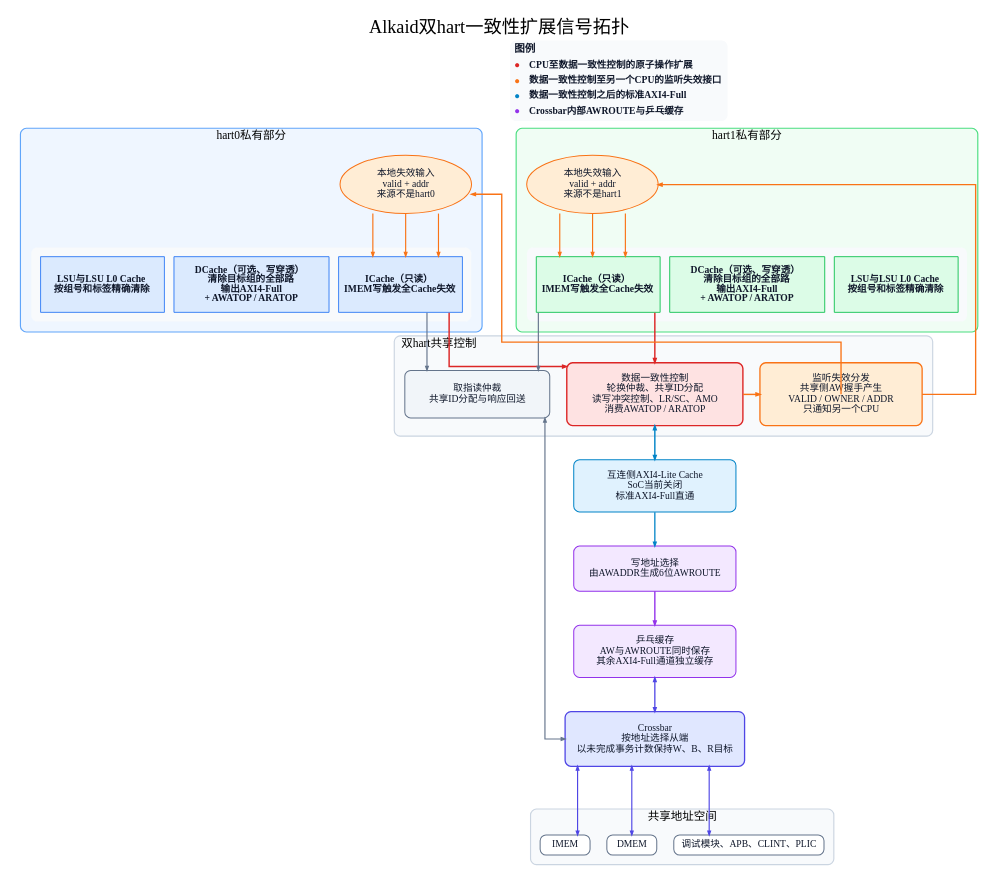
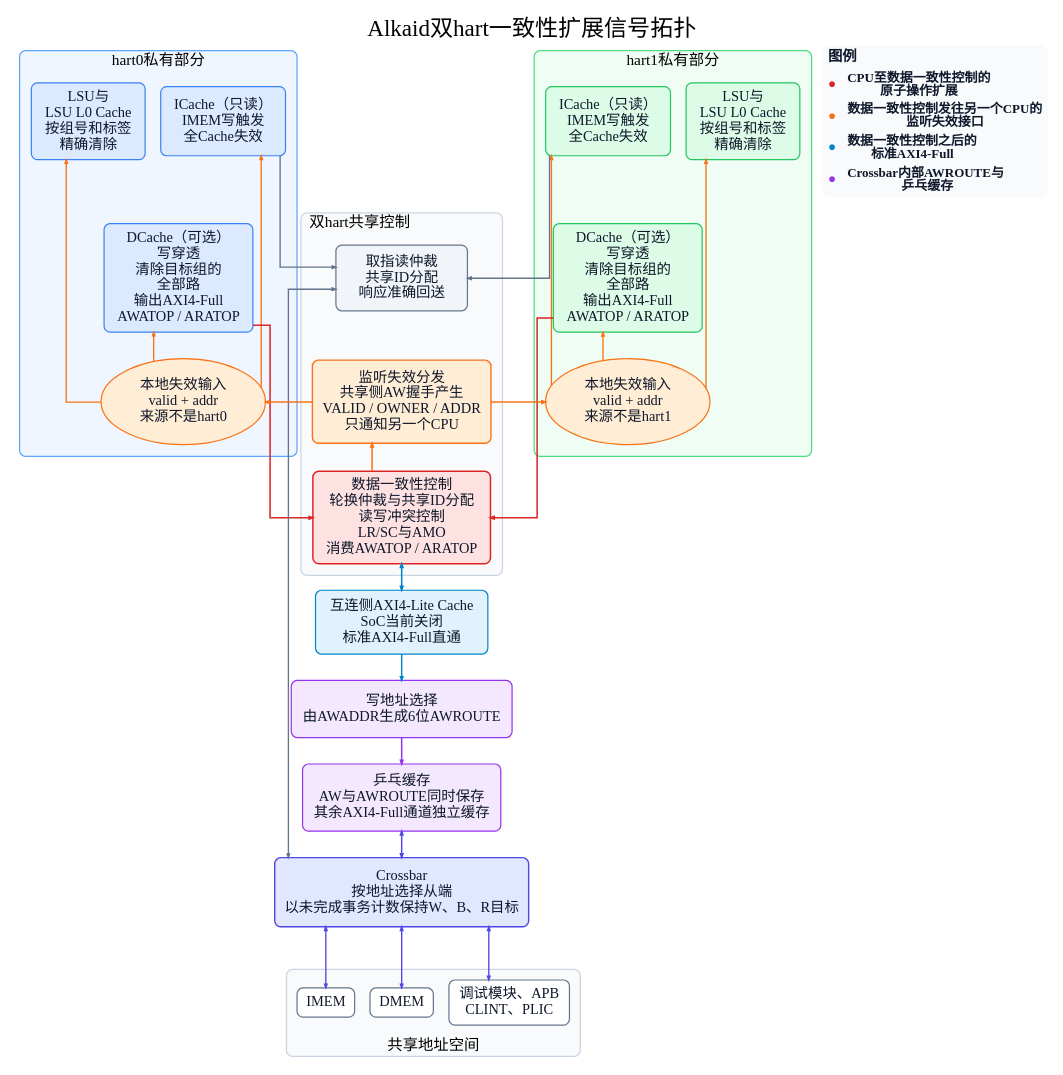
Before and after one commit to Little-W/Obsidian: the diagram in RISC-V & CPU/_media/alkaid_multicore/alkaid_coherence_signal_topology.dot, drawn with Graphviz. The commit also changed 2 other files, not shown here.

```diff
--- a/RISC-V & CPU/_media/alkaid_multicore/alkaid_coherence_signal_topology.dot
+++ b/RISC-V & CPU/_media/alkaid_multicore/alkaid_coherence_signal_topology.dot
@@ -5,13 +5,13 @@
         compound=true,
         ordering=out,
         bgcolor="#FFFFFF",
-        pad="0.36",
-        nodesep="0.48",
-        ranksep="0.98",
-        esep="+8",
+        pad="0.34",
+        nodesep="0.44",
+        ranksep="0.76",
+        esep="+10",
         splines=ortho,
         fontname="Noto Sans CJK SC Bold",
-        fontsize=38,
+        fontsize=48,
         labelloc=t,
         label="Alkaid双hart一致性扩展信号拓扑"
     ];
@@ -23,18 +23,18 @@
         fillcolor="#F8FAFC",
         fontcolor="#0F172A",
         fontname="Noto Sans CJK SC Bold",
-        fontsize=20,
-        penwidth=2.1,
-        margin="0.20,0.14"
+        fontsize=30,
+        penwidth=2.5,
+        margin="0.28,0.20"
     ];
 
     edge [
         color="#475569",
         fontcolor="#334155",
         fontname="Noto Sans CJK SC Bold",
-        fontsize=17,
-        penwidth=2.4,
-        arrowsize=0.82,
+        fontsize=22,
+        penwidth=2.8,
+        arrowsize=0.78,
         headclip=true,
         tailclip=true
     ];
@@ -44,35 +44,54 @@
         color="#60A5FA";
         fillcolor="#EFF6FF";
         style="rounded,filled";
-        penwidth=2.4;
+        penwidth=2.6;
         fontname="Noto Sans CJK SC Bold";
-        fontsize=24;
-        margin=22;
+        fontsize=32;
+        margin=24;
 
         c0_snoop [
             label="本地失效输入\nvalid + addr\n来源不是hart0",
             shape=ellipse,
-            width=3.80,
-            height=1.28,
+            group="hart0_outer",
+            width=3.70,
+            height=1.42,
             fillcolor="#FFEDD5",
             color="#F97316"
         ];
-        c0_cache_row [
-            shape=plain,
-            label=<
-                <TABLE BORDER="0" CELLBORDER="0" CELLSPACING="18" CELLPADDING="0">
-                    <TR>
-                        <TD PORT="l0" BORDER="2" COLOR="#3B82F6" BGCOLOR="#DBEAFE" WIDTH="260" HEIGHT="96"><B>LSU与LSU L0 Cache</B><BR/><B>按组号和标签精确清除</B></TD>
-                        <TD PORT="dc" BORDER="2" COLOR="#3B82F6" BGCOLOR="#DBEAFE" WIDTH="325" HEIGHT="118"><B>DCache（可选、写穿透）</B><BR/><B>清除目标组的全部路</B><BR/><B>输出AXI4-Full</B><BR/><B>+ AWATOP / ARATOP</B></TD>
-                        <TD PORT="ic" BORDER="2" COLOR="#3B82F6" BGCOLOR="#DBEAFE" WIDTH="260" HEIGHT="96"><B>ICache（只读）</B><BR/><B>IMEM写触发全Cache失效</B></TD>
-                    </TR>
-                </TABLE>
-            >
+
+        c0_l0 [
+            label="LSU与\nLSU L0 Cache\n按组号和标签\n精确清除",
+            width=2.90,
+            height=2.00,
+            group="hart0_outer",
+            fillcolor="#DBEAFE",
+            color="#3B82F6"
+        ];
+        c0_dc [
+            label="DCache（可选）\n写穿透\n清除目标组的\n全部路\n输出AXI4-Full\nAWATOP / ARATOP",
+            width=3.35,
+            height=2.55,
+            group="hart0_center",
+            fillcolor="#DBEAFE",
+            color="#3B82F6"
+        ];
+        c0_ic [
+            label="ICache（只读）\nIMEM写触发\n全Cache失效",
+            width=2.90,
+            height=2.00,
+            fillcolor="#DBEAFE",
+            color="#3B82F6"
         ];
 
-        c0_snoop:s -> c0_cache_row:l0:n [color="#F97316"];
-        c0_snoop:s -> c0_cache_row:dc:n [color="#F97316"];
-        c0_snoop:s -> c0_cache_row:ic:n [color="#F97316"];
+        { rank=same; c0_l0; c0_ic; }
+        c0_l0 -> c0_ic [style=invis, weight=1000];
+        c0_l0 -> c0_dc [style=invis, weight=200];
+        c0_ic -> c0_dc [style=invis, weight=200];
+        c0_dc -> c0_snoop [style=invis, weight=500];
+
+        c0_snoop -> c0_l0 [color="#F97316", constraint=false];
+        c0_snoop -> c0_dc [color="#F97316", constraint=false];
+        c0_snoop -> c0_ic [color="#F97316", constraint=false];
     }
 
     subgraph cluster_hart1 {
@@ -80,178 +99,231 @@
         color="#4ADE80";
         fillcolor="#F0FDF4";
         style="rounded,filled";
-        penwidth=2.4;
+        penwidth=2.6;
         fontname="Noto Sans CJK SC Bold";
-        fontsize=24;
-        margin=22;
+        fontsize=32;
+        margin=24;
 
         c1_snoop [
             label="本地失效输入\nvalid + addr\n来源不是hart1",
             shape=ellipse,
-            width=3.80,
-            height=1.28,
+            group="hart1_outer",
+            width=3.70,
+            height=1.42,
             fillcolor="#FFEDD5",
             color="#F97316"
         ];
-        c1_cache_row [
-            shape=plain,
-            label=<
-                <TABLE BORDER="0" CELLBORDER="0" CELLSPACING="18" CELLPADDING="0">
-                    <TR>
-                        <TD PORT="ic" BORDER="2" COLOR="#22C55E" BGCOLOR="#DCFCE7" WIDTH="260" HEIGHT="96"><B>ICache（只读）</B><BR/><B>IMEM写触发全Cache失效</B></TD>
-                        <TD PORT="dc" BORDER="2" COLOR="#22C55E" BGCOLOR="#DCFCE7" WIDTH="325" HEIGHT="118"><B>DCache（可选、写穿透）</B><BR/><B>清除目标组的全部路</B><BR/><B>输出AXI4-Full</B><BR/><B>+ AWATOP / ARATOP</B></TD>
-                        <TD PORT="l0" BORDER="2" COLOR="#22C55E" BGCOLOR="#DCFCE7" WIDTH="260" HEIGHT="96"><B>LSU与LSU L0 Cache</B><BR/><B>按组号和标签精确清除</B></TD>
-                    </TR>
-                </TABLE>
-            >
+
+        c1_left_cache [
+            label="ICache（只读）\nIMEM写触发\n全Cache失效",
+            width=2.90,
+            height=2.00,
+            fillcolor="#DCFCE7",
+            color="#22C55E"
+        ];
+        c1_dc [
+            label="DCache（可选）\n写穿透\n清除目标组的\n全部路\n输出AXI4-Full\nAWATOP / ARATOP",
+            width=3.35,
+            height=2.55,
+            group="hart1_center",
+            fillcolor="#DCFCE7",
+            color="#22C55E"
+        ];
+        c1_right_cache [
+            label="LSU与\nLSU L0 Cache\n按组号和标签\n精确清除",
+            width=2.90,
+            height=2.00,
+            group="hart1_outer",
+            fillcolor="#DCFCE7",
+            color="#22C55E"
         ];
 
-        c1_snoop:s -> c1_cache_row:ic:n [color="#F97316"];
-        c1_snoop:s -> c1_cache_row:dc:n [color="#F97316"];
-        c1_snoop:s -> c1_cache_row:l0:n [color="#F97316"];
+        { rank=same; c1_left_cache; c1_right_cache; }
+        c1_left_cache -> c1_right_cache [style=invis, weight=1000];
+        c1_left_cache -> c1_dc [style=invis, weight=200];
+        c1_right_cache -> c1_dc [style=invis, weight=200];
+        c1_dc -> c1_snoop [style=invis, weight=500];
+
+        c1_snoop -> c1_left_cache [color="#F97316", constraint=false];
+        c1_snoop -> c1_dc [color="#F97316", constraint=false];
+        c1_snoop -> c1_right_cache [color="#F97316", constraint=false];
     }
 
     subgraph cluster_control {
         label="双hart共享控制";
+        labeljust=l;
         color="#CBD5E1";
         fillcolor="#F8FAFC";
         style="rounded,filled";
-        penwidth=2.4;
+        penwidth=2.6;
         fontname="Noto Sans CJK SC Bold";
-        fontsize=24;
-        labeljust=l;
-        margin=22;
+        fontsize=32;
+        margin=24;
 
         iarb [
-            label="取指读仲裁\n共享ID分配与响应回送",
-            width=4.20,
-            height=1.38,
+            label="取指读仲裁\n共享ID分配\n响应准确回送",
+            width=3.80,
+            height=1.90,
             fillcolor="#F1F5F9",
             color="#64748B"
         ];
 
         cm [
-            label="数据一致性控制\n轮换仲裁、共享ID分配\n读写冲突控制、LR/SC、AMO\n消费AWATOP / ARATOP",
-            width=5.10,
-            height=1.82,
+            label="数据一致性控制\n轮换仲裁与共享ID分配\n读写冲突控制\nLR/SC与AMO\n消费AWATOP / ARATOP",
+            width=4.80,
+            height=2.65,
+            group="data_center",
             fillcolor="#FEE2E2",
             color="#DC2626",
-            penwidth=2.9
+            penwidth=3.1
         ];
 
         snoop_router [
             label="监听失效分发\n共享侧AW握手产生\nVALID / OWNER / ADDR\n只通知另一个CPU",
-            width=4.70,
-            height=1.82,
+            width=4.55,
+            height=2.40,
             fillcolor="#FFEDD5",
             color="#F97316",
-            penwidth=2.7
+            penwidth=2.9
         ];
 
-        { rank=same; iarb; cm; snoop_router; }
-        iarb -> cm [style=invis, weight=45];
-        cm:e -> snoop_router:w [color="#F97316", penwidth=3.0];
+        iarb -> snoop_router [style=invis, weight=1000];
+        snoop_router -> cm [style=invis, weight=1000];
+        cm -> snoop_router [
+            color="#F97316",
+            penwidth=3.2,
+            constraint=false
+        ];
     }
 
     shared_cache [
         label="互连侧AXI4-Lite Cache\nSoC当前关闭\n标准AXI4-Full直通",
-        width=4.70,
-        height=1.52,
+        width=4.85,
+        height=1.85,
+        group="data_center",
         fillcolor="#E0F2FE",
         color="#0284C7"
     ];
 
     route [
         label="写地址选择\n由AWADDR生成6位AWROUTE",
-        width=4.70,
-        height=1.30,
+        width=4.85,
+        height=1.65,
+        group="data_center",
         fillcolor="#F3E8FF",
         color="#9333EA"
     ];
 
     pingpong [
         label="乒乓缓存\nAW与AWROUTE同时保存\n其余AXI4-Full通道独立缓存",
-        width=4.70,
-        height=1.52,
+        width=4.85,
+        height=1.95,
+        group="data_center",
         fillcolor="#F3E8FF",
         color="#9333EA"
     ];
 
     xbar [
         label="Crossbar\n按地址选择从端\n以未完成事务计数保持W、B、R目标",
-        width=5.20,
-        height=1.58,
+        width=5.45,
+        height=2.00,
+        group="data_center",
         fillcolor="#E0E7FF",
         color="#4F46E5",
-        penwidth=2.7
+        penwidth=2.9
     ];
 
     subgraph cluster_shared {
         label="共享地址空间";
+        labelloc=b;
         color="#CBD5E1";
         fillcolor="#F8FAFC";
         style="rounded,filled";
-        penwidth=2.4;
+        penwidth=2.6;
         fontname="Noto Sans CJK SC Bold";
-        fontsize=24;
-        margin=20;
+        fontsize=32;
+        margin=22;
 
-        imem [label="IMEM", width=1.45, fillcolor="#FFFFFF"];
-        dmem [label="DMEM", width=1.45, fillcolor="#FFFFFF"];
-        mmio [label="调试模块、APB、CLINT、PLIC", width=4.00, fillcolor="#FFFFFF"];
+        imem [label="IMEM", width=1.65, height=0.82, fillcolor="#FFFFFF"];
+        dmem [label="DMEM", width=1.65, height=0.82, fillcolor="#FFFFFF"];
+        mmio [label="调试模块、APB\nCLINT、PLIC", width=3.40, height=1.12, fillcolor="#FFFFFF"];
         { rank=same; imem; dmem; mmio; }
     }
 
-    c0_cache_row:dc:s -> cm:nw [color="#DC2626", penwidth=3.0, weight=8];
-    c1_cache_row:dc:s -> cm:ne [color="#DC2626", penwidth=3.0, weight=8];
-    c0_cache_row:ic:s -> iarb:nw [color="#64748B", weight=5];
-    c1_cache_row:ic:s -> iarb:ne [color="#64748B", weight=5];
+    c0_dc -> cm [color="#DC2626", penwidth=3.2, weight=0];
+    c1_dc -> cm [color="#DC2626", penwidth=3.2, weight=0];
+    c0_ic -> iarb [color="#64748B", weight=0];
+    c1_left_cache -> iarb [color="#64748B", weight=0];
 
-    snoop_router:w -> c0_snoop:e [color="#F97316", penwidth=2.8, constraint=false];
-    snoop_router:e -> c1_snoop:e [color="#F97316", penwidth=2.8, constraint=false];
+    snoop_router -> c0_snoop [color="#F97316", penwidth=3.0, constraint=false];
+    snoop_router -> c1_snoop [color="#F97316", penwidth=3.0, constraint=false];
 
-    cm:s -> shared_cache:n [
+    cm -> shared_cache [
         dir=both,
+        arrowhead=normal,
         arrowtail=normal,
         color="#0284C7",
+        penwidth=3.2
+    ];
+    shared_cache -> route [color="#0284C7", penwidth=3.0];
+    route -> pingpong [color="#9333EA", penwidth=3.1];
+    pingpong -> xbar [
+        dir=both,
+        arrowhead=normal,
+        arrowtail=normal,
+        color="#4F46E5",
         penwidth=3.0
     ];
-    shared_cache:s -> route:n [color="#0284C7", penwidth=2.7];
-    route:s -> pingpong:n [color="#9333EA", penwidth=2.9];
-    pingpong:s -> xbar:n [dir=both, arrowtail=normal, color="#4F46E5", penwidth=2.7];
-    iarb:s -> xbar:w [dir=both, arrowtail=normal, color="#64748B", constraint=false];
+    iarb -> xbar [
+        dir=both,
+        arrowhead=normal,
+        arrowtail=normal,
+        color="#64748B",
+        constraint=false
+    ];
 
-    xbar:sw -> imem:n [dir=both, arrowtail=normal, color="#4F46E5", minlen=2];
-    xbar:s -> dmem:n [dir=both, arrowtail=normal, color="#4F46E5", minlen=2];
-    xbar:se -> mmio:n [dir=both, arrowtail=normal, color="#4F46E5", minlen=2];
+    xbar -> imem [
+        dir=both,
+        arrowhead=normal,
+        arrowtail=normal,
+        color="#4F46E5",
+        minlen=2
+    ];
+    xbar -> dmem [
+        dir=both,
+        arrowhead=normal,
+        arrowtail=normal,
+        color="#4F46E5",
+        minlen=2
+    ];
+    xbar -> mmio [
+        dir=both,
+        arrowhead=normal,
+        arrowtail=normal,
+        color="#4F46E5",
+        minlen=2
+    ];
 
     legend [
         shape=plain,
         fontname="Noto Sans CJK SC Bold",
         label=<
-            <TABLE BORDER="0" CELLBORDER="0" CELLSPACING="6" CELLPADDING="2">
-                <TR><TD ALIGN="LEFT" COLSPAN="2"><FONT POINT-SIZE="22"><B>图例</B></FONT></TD></TR>
-                <TR><TD><FONT POINT-SIZE="20" COLOR="#DC2626">●</FONT></TD><TD ALIGN="LEFT"><FONT POINT-SIZE="20"><B>CPU至数据一致性控制的原子操作扩展</B></FONT></TD></TR>
-                <TR><TD><FONT POINT-SIZE="20" COLOR="#F97316">●</FONT></TD><TD ALIGN="LEFT"><FONT POINT-SIZE="20"><B>数据一致性控制至另一个CPU的监听失效接口</B></FONT></TD></TR>
-                <TR><TD><FONT POINT-SIZE="20" COLOR="#0284C7">●</FONT></TD><TD ALIGN="LEFT"><FONT POINT-SIZE="20"><B>数据一致性控制之后的标准AXI4-Full</B></FONT></TD></TR>
-                <TR><TD><FONT POINT-SIZE="20" COLOR="#9333EA">●</FONT></TD><TD ALIGN="LEFT"><FONT POINT-SIZE="20"><B>Crossbar内部AWROUTE与乒乓缓存</B></FONT></TD></TR>
+            <TABLE BORDER="0" CELLBORDER="0" CELLSPACING="8" CELLPADDING="2">
+                <TR><TD ALIGN="LEFT" COLSPAN="2"><FONT POINT-SIZE="30"><B>图例</B></FONT></TD></TR>
+                <TR><TD><FONT POINT-SIZE="28" COLOR="#DC2626">●</FONT></TD><TD ALIGN="LEFT"><FONT POINT-SIZE="27"><B>CPU至数据一致性控制的</B><BR/><B>原子操作扩展</B></FONT></TD></TR>
+                <TR><TD><FONT POINT-SIZE="28" COLOR="#F97316">●</FONT></TD><TD ALIGN="LEFT"><FONT POINT-SIZE="27"><B>数据一致性控制发往另一个CPU的</B><BR/><B>监听失效接口</B></FONT></TD></TR>
+                <TR><TD><FONT POINT-SIZE="28" COLOR="#0284C7">●</FONT></TD><TD ALIGN="LEFT"><FONT POINT-SIZE="27"><B>数据一致性控制之后的</B><BR/><B>标准AXI4-Full</B></FONT></TD></TR>
+                <TR><TD><FONT POINT-SIZE="28" COLOR="#9333EA">●</FONT></TD><TD ALIGN="LEFT"><FONT POINT-SIZE="27"><B>Crossbar内部AWROUTE与</B><BR/><B>乒乓缓存</B></FONT></TD></TR>
             </TABLE>
         >
     ];
 
-    legend_spacer [
-        shape=box,
-        label="",
-        width=6.60,
-        height=1.70,
-        fixedsize=true,
-        style=invis
-    ];
+    { rank=same; c0_l0; c0_ic; c1_left_cache; c1_right_cache; legend; }
+    c0_l0 -> c0_ic [style=invis, weight=10000];
+    c0_ic -> c1_left_cache [style=invis, weight=10000];
+    c1_left_cache -> c1_right_cache [style=invis, weight=10000];
+    c1_right_cache -> legend [style=invis, weight=10000];
 
-    { rank=same; legend_spacer; legend; }
-    legend_spacer -> legend [style=invis, weight=120];
-    legend_spacer -> c0_snoop [style=invis, weight=80];
-    legend -> c1_snoop [style=invis, weight=80];
     { rank=same; c0_snoop; c1_snoop; }
-    c0_snoop -> c1_snoop [style=invis, weight=120];
+    c0_snoop -> c1_snoop [style=invis, weight=10000];
 }
```
